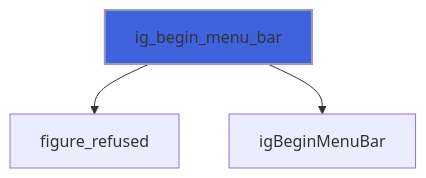
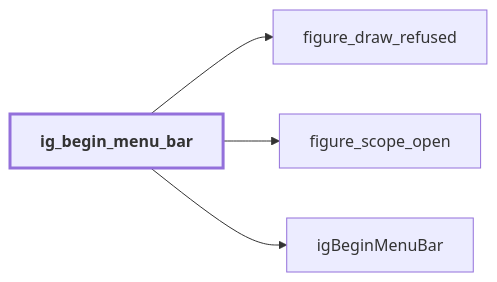
Before and after one commit to szaghi/figure: the tenth of 16 diagrams in docs/api/src/lib/figure_menu.md, drawn with Mermaid. The commit also changed other lines of this file and 54 other files, not shown here.

````diff
--- a/docs/api/src/lib/figure_menu.md
+++ b/docs/api/src/lib/figure_menu.md
@@ -210,6 +289,11 @@
 ```mermaid
-flowchart TD
-  ig_begin_menu_bar["ig_begin_menu_bar"] --> figure_refused["figure_refused"]
+flowchart LR
+  ig_begin_menu_bar["ig_begin_menu_bar"] --> figure_draw_refused["figure_draw_refused"]
+  ig_begin_menu_bar["ig_begin_menu_bar"] --> figure_scope_open["figure_scope_open"]
   ig_begin_menu_bar["ig_begin_menu_bar"] --> igBeginMenuBar["igBeginMenuBar"]
-  style ig_begin_menu_bar fill:#3e63dd,stroke:#99b,stroke-width:2px
+  classDef focus stroke-width:3px,font-weight:bold
+  class ig_begin_menu_bar focus
+  click figure_draw_refused href "figure_base.html#figure-draw-refused" "figure_draw_refused"
+  click igBeginMenuBar href "figure_cimgui.html#igbeginmenubar" "igBeginMenuBar"
+  click figure_scope_open href "figure_base.html#figure-scope-open" "figure_scope_open"
 ```
````
